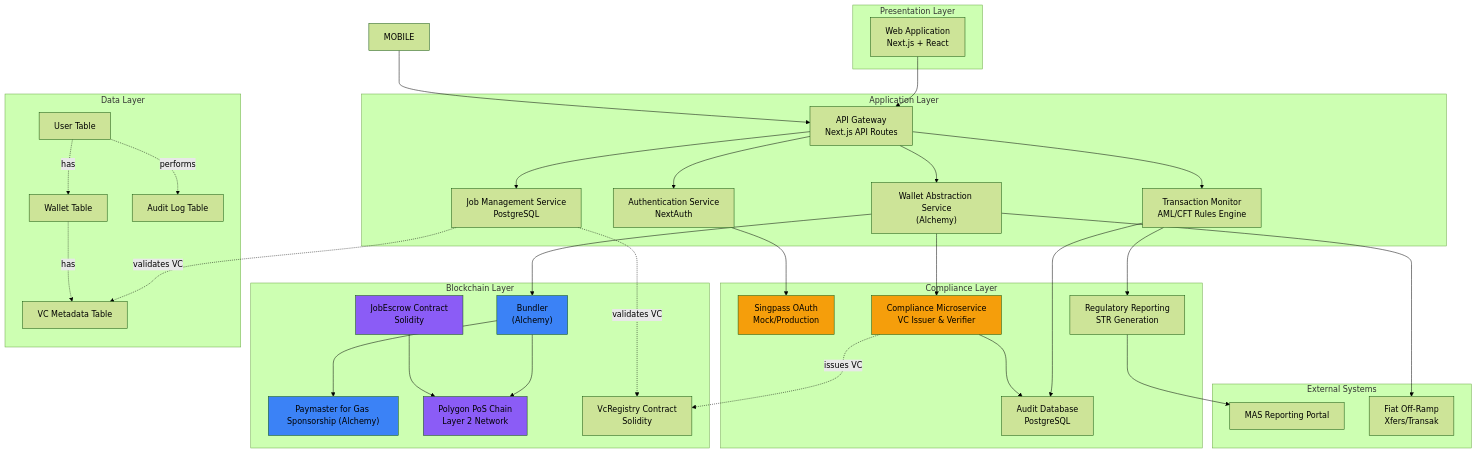
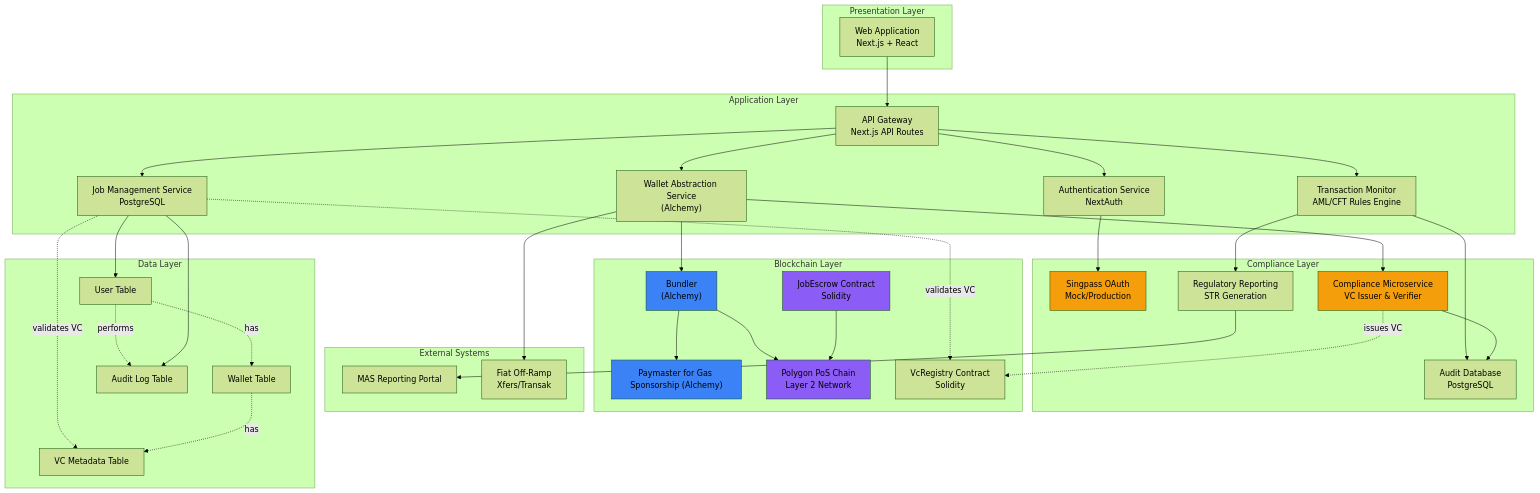
Before and after one commit to neozhixuan/fr33: the first of 2 diagrams in README.md, drawn with Mermaid (forest theme).

````diff
--- a/README.md
+++ b/README.md
@@ -9,80 +9,82 @@
 ```mermaid
 graph TB
     subgraph "Presentation Layer"
         WEB["Web Application\nNext.js + React"]
     end
 
     subgraph "Application Layer"
         WALLET["Wallet Abstraction Service\n(Alchemy)"]
         AUTH["Authentication Service\nNextAuth"]
         API["API Gateway\nNext.js API Routes"]
         JOB["Job Management Service\nPostgreSQL"]
         MONITOR["Transaction Monitor\nAML/CFT Rules Engine"]
     end
 
     subgraph "Compliance Layer"
         SINGPASS["Singpass OAuth\nMock/Production"]
         COMPLIANCE["Compliance Microservice\nVC Issuer & Verifier"]
         AUDIT["Audit Database\nPostgreSQL"]
         REPORTING["Regulatory Reporting\nSTR Generation"]
     end
 
     subgraph "Blockchain Layer"
         BUNDLER["Bundler\n(Alchemy)"]
         PAYMASTER["Paymaster for Gas Sponsorship (Alchemy)"]
         ESCROW["JobEscrow Contract\nSolidity"]
         POLYGON["Polygon PoS Chain\nLayer 2 Network"]
         VCREGISTRY["VcRegistry Contract\nSolidity"]
     end
 
     subgraph "External Systems"
         MAS["MAS Reporting Portal"]
         OFFRAMP["Fiat Off-Ramp\nXfers/Transak"]
     end
 
     subgraph "Data Layer"
         USER["User Table"]
         WALLETDB["Wallet Table"]
         AUDITLOG["Audit Log Table"]
         VCMETADATA["VC Metadata Table"]
         JOB
     end
 
     WEB --> API
-    MOBILE --> API
 
     API --> AUTH
     API --> JOB
     API --> WALLET
     API --> MONITOR
 
     AUTH --> SINGPASS
     WALLET --> COMPLIANCE
     MONITOR --> AUDIT
     MONITOR --> REPORTING
 
     WALLET --> BUNDLER
     BUNDLER --> PAYMASTER
     BUNDLER --> POLYGON
 
     ESCROW --> POLYGON
 
     COMPLIANCE --> AUDIT
     REPORTING --> MAS
     WALLET --> OFFRAMP
 
     COMPLIANCE -.issues VC.-> VCREGISTRY
     JOB -.validates VC.-> VCMETADATA
     JOB -.validates VC.-> VCREGISTRY
 
     USER -.has.-> WALLETDB
     USER -.performs.-> AUDITLOG
     WALLETDB -.has.-> VCMETADATA
 
+    JOB --> USER
+    JOB --> AUDITLOG
+
     style POLYGON fill:#8b5cf6
     style ESCROW fill:#8b5cf6
     style COMPLIANCE fill:#f59e0b
     style SINGPASS fill:#f59e0b
     style BUNDLER fill:#3b82f6
     style PAYMASTER fill:#3b82f6
 ```
````
